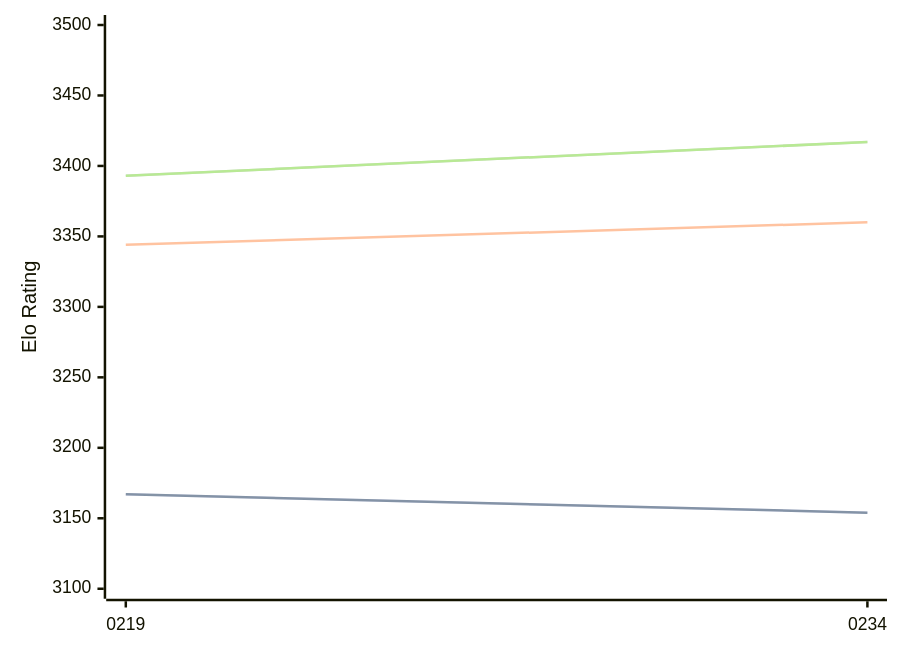
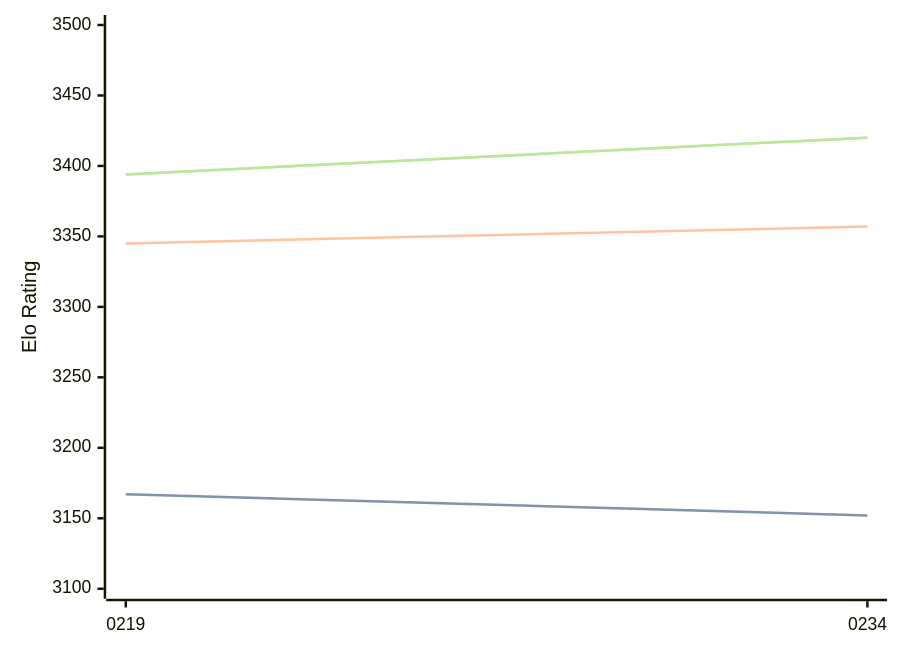
One commit to computer-chess-index/cci changed the diagram in engines/Ynode.md. Above: the diagram before and after it, drawn with Mermaid. The commit also changed other lines of this file, not shown here.

Commit message:
Update CCI Ratings (ELO VLTC) - 2026-03-28

````diff
--- a/engines/Ynode.md
+++ b/engines/Ynode.md
@@ -39,11 +39,11 @@
 ```mermaid
 %%{init: {"theme":"base","themeVariables":{"seriesColors:['#a3a3a3','#222221','#faa371']}}}%%
 xychart-beta
   x-axis ["0219", "0234"]
   y-axis "Elo Rating" 3100 --> 3500
-  line "STC (8.0+0.08s)" [3167, 3154]
-  line "STC (8.0+0.08s)" [3167, 3154]
-  line "LTC (60.0+0.60s)" [3344, 3360]
-  line "VLTC (2m24s+1.12s)" [3393, 3417]
-  line "VLTC (2m24s+1.12s)" [3393, 3417]
+  line "STC (8.0+0.08s)" [3167, 3152]
+  line "STC (8.0+0.08s)" [3167, 3152]
+  line "LTC (60.0+0.60s)" [3345, 3357]
+  line "VLTC (2m24s+1.12s)" [3394, 3420]
+  line "VLTC (2m24s+1.12s)" [3394, 3420]
 ```
````
